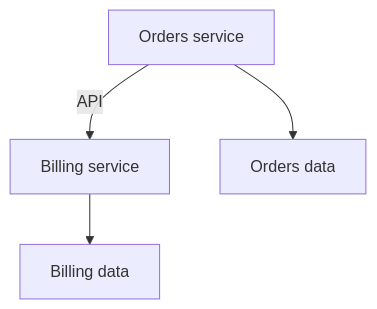
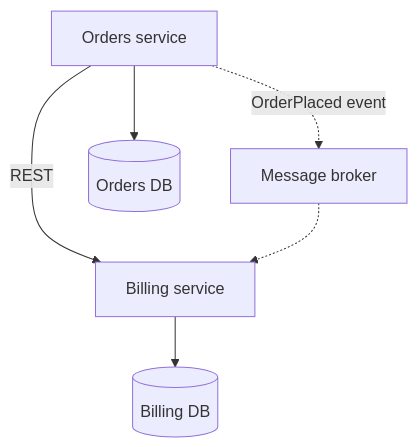
The diagram in Backend/Application architecture patterns/Microservices.md (Bezugsmolluske/knowledge-base), drawn with Mermaid before and after one commit. The commit also changed other lines of this file and 15 other files, not shown here.

````diff
--- a/Backend/Application architecture patterns/Microservices.md
+++ b/Backend/Application architecture patterns/Microservices.md
@@ -18,6 +25,8 @@
 ```mermaid
 graph TD
-O[Orders service] -->|API| B[Billing service]
-O --> OD[Orders data]
-B --> BD[Billing data]
+O[Orders service] -->|REST| B[Billing service]
+O -.->|OrderPlaced event| K[Message broker]
+K -.-> B
+O --> OD[(Orders DB)]
+B --> BD[(Billing DB)]
 ```
````
